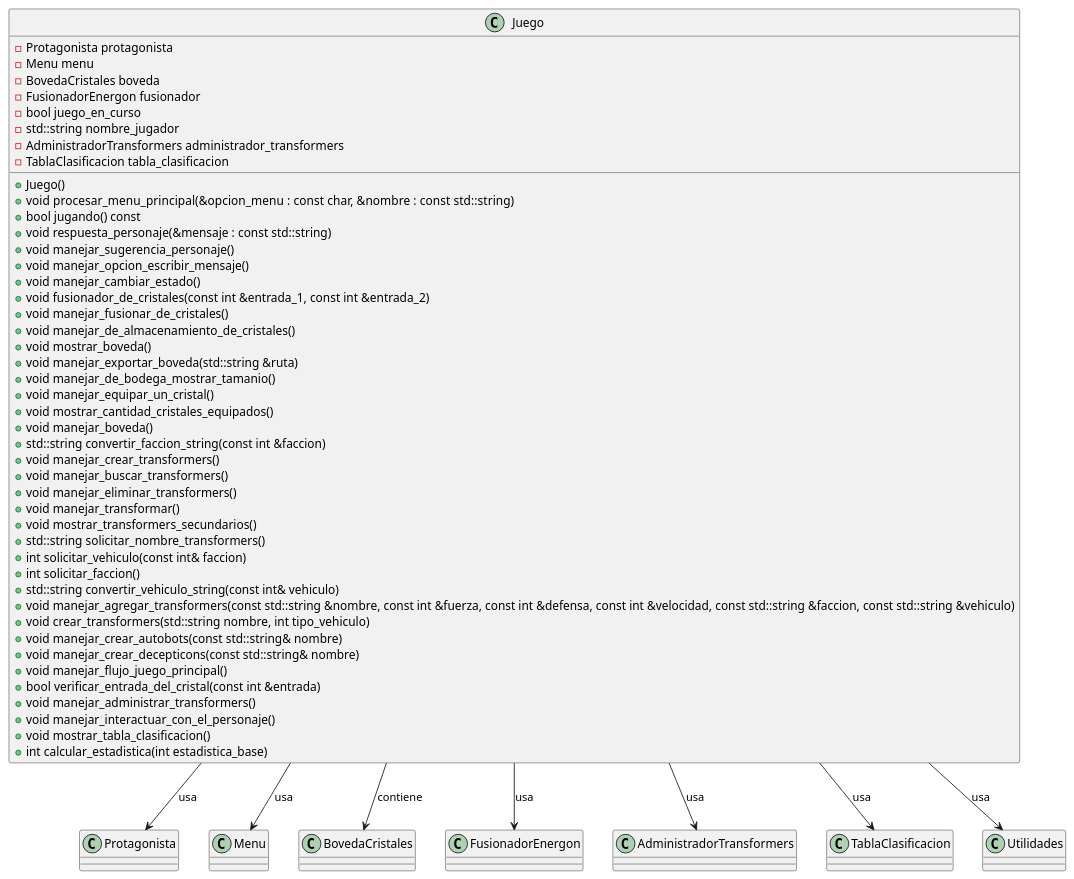
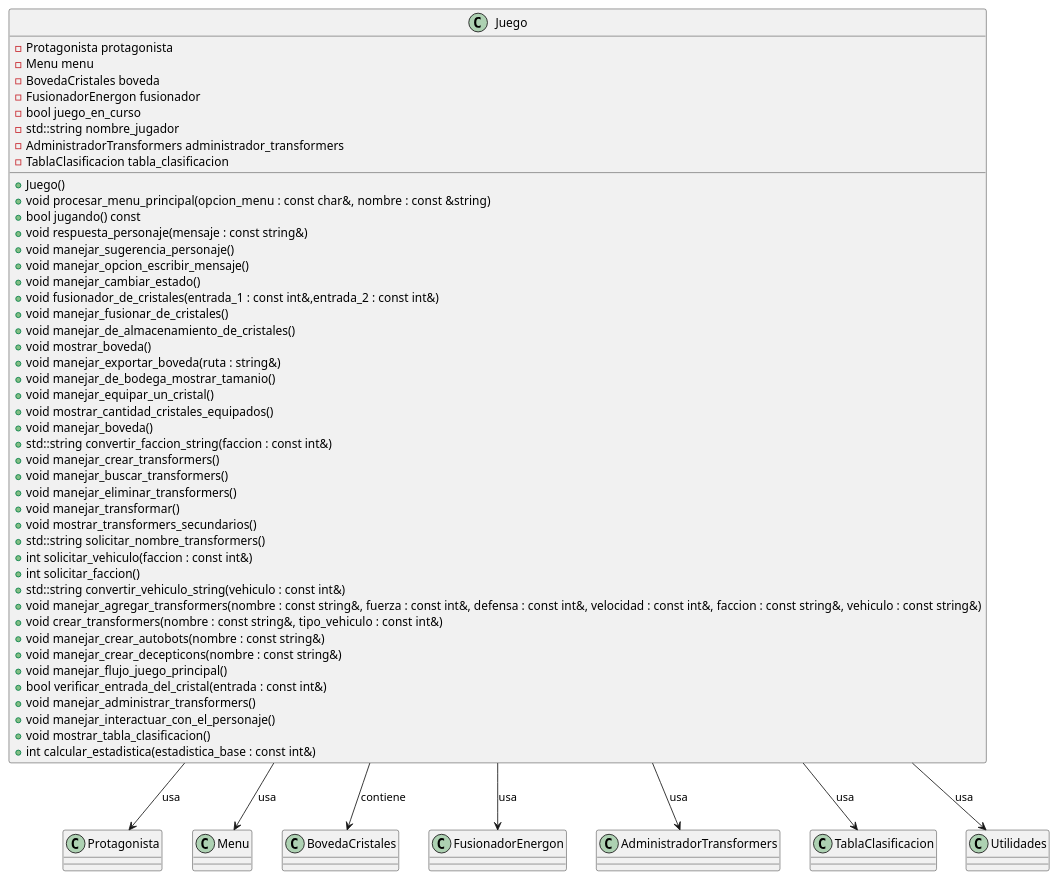
Before and after one commit to guillsil/Transformers-Game: the diagram in Diagramas-UML/Juego.puml, drawn with PlantUML. The commit also changed 15 other files, not shown here.

Commit message:
Refactor: adapto los uml ya que los mismo con los atributos primero va el nombre y luego el tipo.

```diff
--- a/Diagramas-UML/Juego.puml
+++ b/Diagramas-UML/Juego.puml
@@ -1,61 +1,61 @@
 @startuml
 'https://plantuml.com/class-diagram
 
 class Juego {
     - Protagonista protagonista
     - Menu menu
     - BovedaCristales boveda
     - FusionadorEnergon fusionador
     - bool juego_en_curso
     - std::string nombre_jugador
     - AdministradorTransformers administrador_transformers
     - TablaClasificacion tabla_clasificacion
 
     + Juego()
-    + void procesar_menu_principal(&opcion_menu : const char,  &nombre : const std::string)
+    + void procesar_menu_principal(opcion_menu : const char&,  nombre : const &string)
     + bool jugando() const
-    + void respuesta_personaje(&mensaje : const std::string)
+    + void respuesta_personaje(mensaje : const string&)
     + void manejar_sugerencia_personaje()
     + void manejar_opcion_escribir_mensaje()
     + void manejar_cambiar_estado()
-    + void fusionador_de_cristales(const int &entrada_1, const int &entrada_2)
+    + void fusionador_de_cristales(entrada_1 : const int&,entrada_2 : const int&)
     + void manejar_fusionar_de_cristales()
     + void manejar_de_almacenamiento_de_cristales()
     + void mostrar_boveda()
-    + void manejar_exportar_boveda(std::string &ruta)
+    + void manejar_exportar_boveda(ruta : string&)
     + void manejar_de_bodega_mostrar_tamanio()
     + void manejar_equipar_un_cristal()
     + void mostrar_cantidad_cristales_equipados()
     + void manejar_boveda()
-    + std::string convertir_faccion_string(const int &faccion)
+    + std::string convertir_faccion_string(faccion : const int&)
     + void manejar_crear_transformers()
     + void manejar_buscar_transformers()
     + void manejar_eliminar_transformers()
     + void manejar_transformar()
     + void mostrar_transformers_secundarios()
     + std::string solicitar_nombre_transformers()
-    + int solicitar_vehiculo(const int& faccion)
+    + int solicitar_vehiculo(faccion : const int&)
     + int solicitar_faccion()
-    + std::string convertir_vehiculo_string(const int& vehiculo)
-    + void manejar_agregar_transformers(const std::string &nombre, const int &fuerza, const int &defensa, const int &velocidad, const std::string &faccion, const std::string &vehiculo)
-    + void crear_transformers(std::string nombre, int tipo_vehiculo)
-    + void manejar_crear_autobots(const std::string& nombre)
-    + void manejar_crear_decepticons(const std::string& nombre)
+    + std::string convertir_vehiculo_string(vehiculo : const int&)
+    + void manejar_agregar_transformers(nombre : const string&, fuerza : const int&, defensa : const int&, velocidad : const int&, faccion : const string&, vehiculo : const string&)
+    + void crear_transformers(nombre : const string&, tipo_vehiculo : const int&)
+    + void manejar_crear_autobots(nombre : const string&)
+    + void manejar_crear_decepticons(nombre : const string&)
     + void manejar_flujo_juego_principal()
-    + bool verificar_entrada_del_cristal(const int &entrada)
+    + bool verificar_entrada_del_cristal(entrada : const int&)
     + void manejar_administrar_transformers()
     + void manejar_interactuar_con_el_personaje()
     + void mostrar_tabla_clasificacion()
-    + int calcular_estadistica(int estadistica_base)
+    + int calcular_estadistica(estadistica_base : const int&)
 }
 
 ' Relaciones
 Juego --> Protagonista : "usa"
 Juego --> Menu : "usa"
 Juego --> BovedaCristales : "contiene"
 Juego --> FusionadorEnergon : "usa"
 Juego --> AdministradorTransformers : "usa"
 Juego --> TablaClasificacion : "usa"
 Juego --> Utilidades : "usa"
 
 @enduml
```
